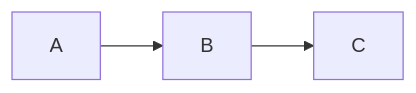
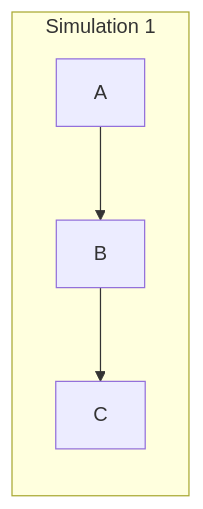
Before and after one commit to BlockScience/MSML: the diagram in dev/Test.md, drawn with Mermaid. The commit also changed 1 other file, not shown here.

Commit message:
Add stack subgraph

````diff
--- a/dev/Test.md
+++ b/dev/Test.md
@@ -1,8 +1,10 @@
 ```mermaid
 graph LR
+subgraph X4[Simulation 1]
 X1[A]
 X2[B]
 X3[C]
 X1-->X2
 X2-->X3
+end
 ```
````
